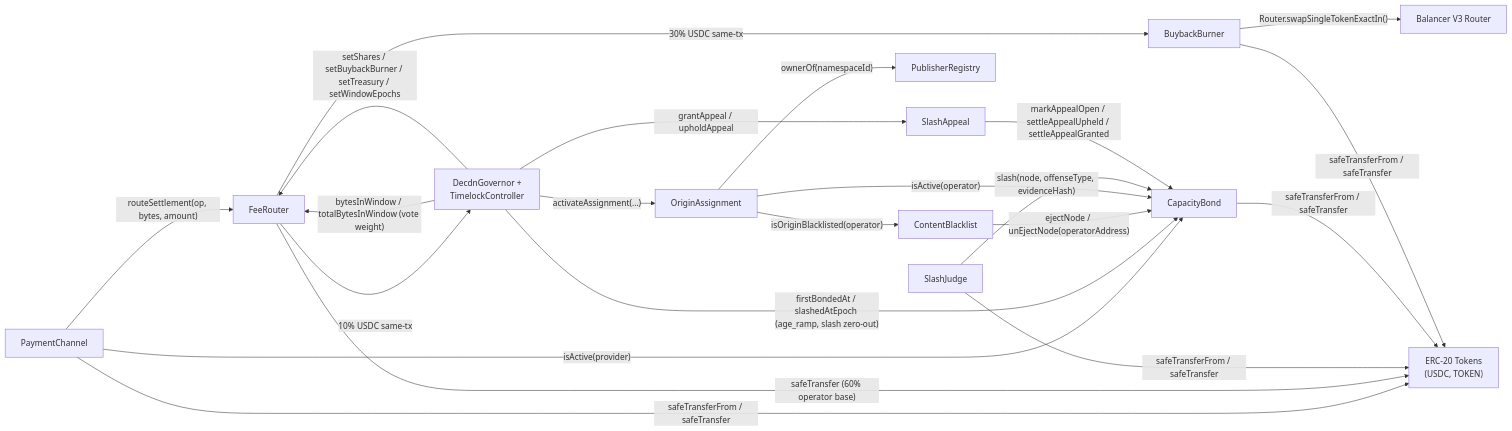
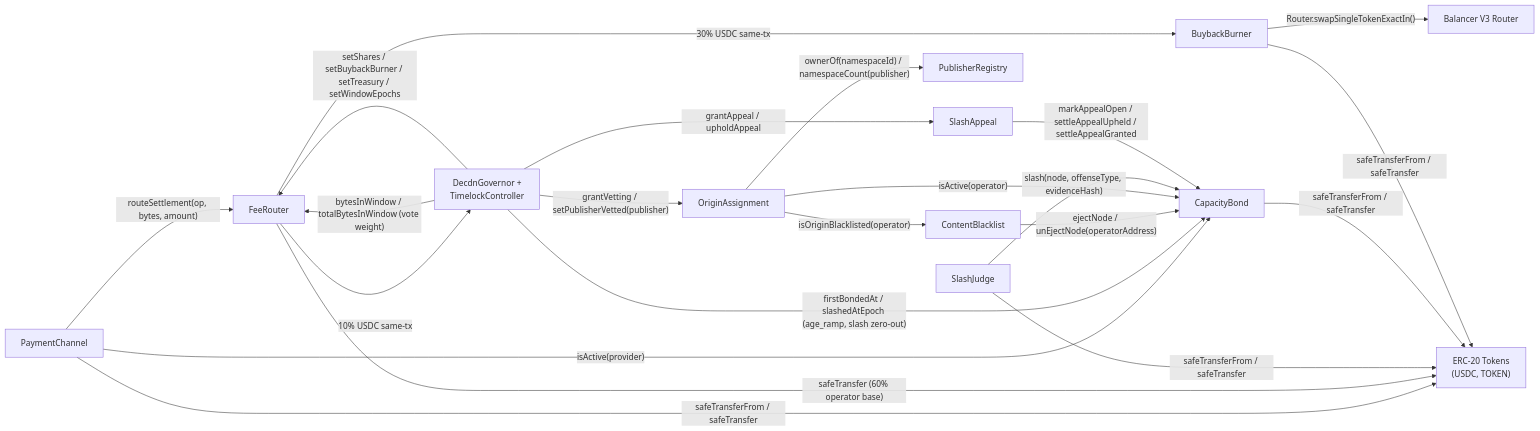
Before and after one commit to decdn/decdn: the third of 5 diagrams in adr/016-contract-interactions.md, drawn with Mermaid. The commit also changed other lines of this file and 32 other files, not shown here.

First line of the commit message:
feat(contracts): vetted-publisher instant origins (#1491)

````diff
--- a/adr/016-contract-interactions.md
+++ b/adr/016-contract-interactions.md
@@ -376,37 +376,37 @@
 ```mermaid
 graph LR
     SPC["PaymentChannel"]
     CBOND["CapacityBond"]
     CB["ContentBlacklist"]
     PR["PublisherRegistry"]
     OA["OriginAssignment"]
     SJ["SlashJudge"]
     BB["BuybackBurner"]
     FR["FeeRouter"]
     SA["SlashAppeal"]
     GOV["DecdnGovernor +<br/>TimelockController"]
     ERC["ERC-20 Tokens<br/>(USDC, TOKEN)"]
     BAL["Balancer V3 Router"]
 
     SPC -->|"isActive(provider)"| CBOND
     SPC -->|"safeTransferFrom / safeTransfer"| ERC
     SPC -->|"routeSettlement(op, bytes, amount)"| FR
     FR -->|"30% USDC same-tx"| BB
     FR -->|"10% USDC same-tx"| GOV
     FR -->|"safeTransfer (60% operator base)"| ERC
     GOV -->|"bytesInWindow / totalBytesInWindow (vote weight)"| FR
     GOV -->|"firstBondedAt / slashedAtEpoch (age_ramp, slash zero-out)"| CBOND
     GOV -->|"grantAppeal / upholdAppeal"| SA
     GOV -->|"setShares / setBuybackBurner / setTreasury / setWindowEpochs"| FR
     CB -->|"ejectNode / unEjectNode(operatorAddress)"| CBOND
     OA -->|"isActive(operator)"| CBOND
-    OA -->|"ownerOf(namespaceId)"| PR
+    OA -->|"ownerOf(namespaceId) / namespaceCount(publisher)"| PR
     OA -->|"isOriginBlacklisted(operator)"| CB
-    GOV -->|"activateAssignment(...)"| OA
+    GOV -->|"grantVetting / setPublisherVetted(publisher)"| OA
     SJ -->|"slash(node, offenseType, evidenceHash)"| CBOND
     SJ -->|"safeTransferFrom / safeTransfer"| ERC
     CBOND -->|"safeTransferFrom / safeTransfer"| ERC
     SA -->|"markAppealOpen / settleAppealUpheld / settleAppealGranted"| CBOND
     BB -->|"Router.swapSingleTokenExactIn()"| BAL
     BB -->|"safeTransferFrom / safeTransfer"| ERC
 ```
````
